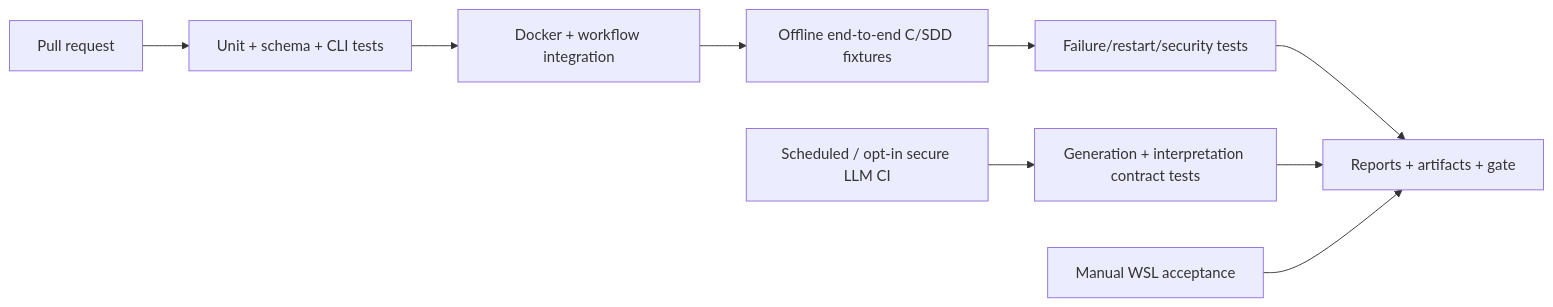
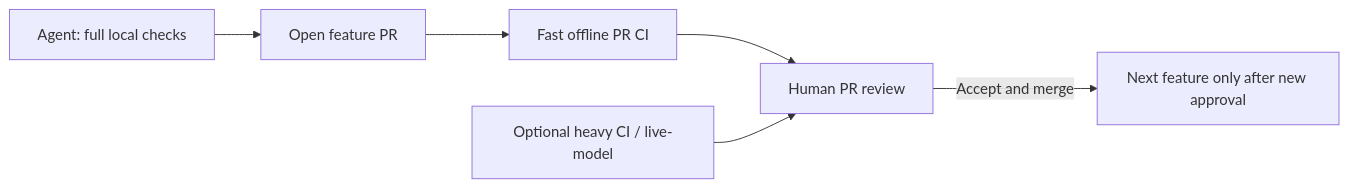
One commit to aradenac/utest-machinery changed the diagram in docs/qualification/ci-and-manual-tests.md. Above: the diagram before and after it, drawn with Mermaid. The commit also changed other lines of this file, not shown here.

Commit message:
docs: minimize PR CI and align review template with six feature milestones

````diff
--- a/docs/qualification/ci-and-manual-tests.md
+++ b/docs/qualification/ci-and-manual-tests.md
@@ -5,11 +5,8 @@
 ```mermaid
 flowchart LR
-  PR["Pull request"] --> A["Unit + schema + CLI tests"]
-  A --> B["Docker + workflow integration"]
-  B --> C["Offline end-to-end C/SDD fixtures"]
-  C --> D["Failure/restart/security tests"]
-  D --> E["Reports + artifacts + gate"]
-  S["Scheduled / opt-in secure LLM CI"] --> F["Generation + interpretation contract tests"]
-  F --> E
-  M["Manual WSL acceptance"] --> E
+  L["Agent: full local checks"] --> P["Open feature PR"]
+  P --> C["Fast offline PR CI"]
+  C --> R["Human PR review"]
+  H["Optional heavy CI / live-model"] --> R
+  R -->|Accept and merge| N["Next feature only after new approval"]
 ```
````
